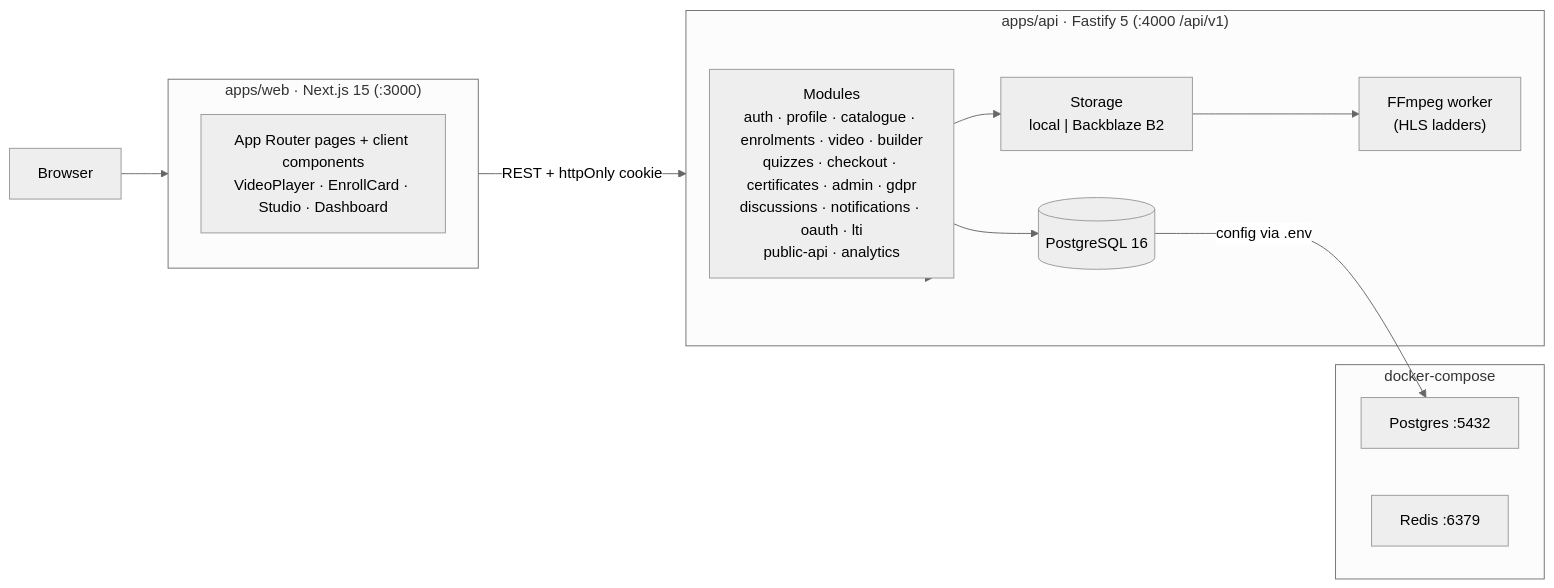
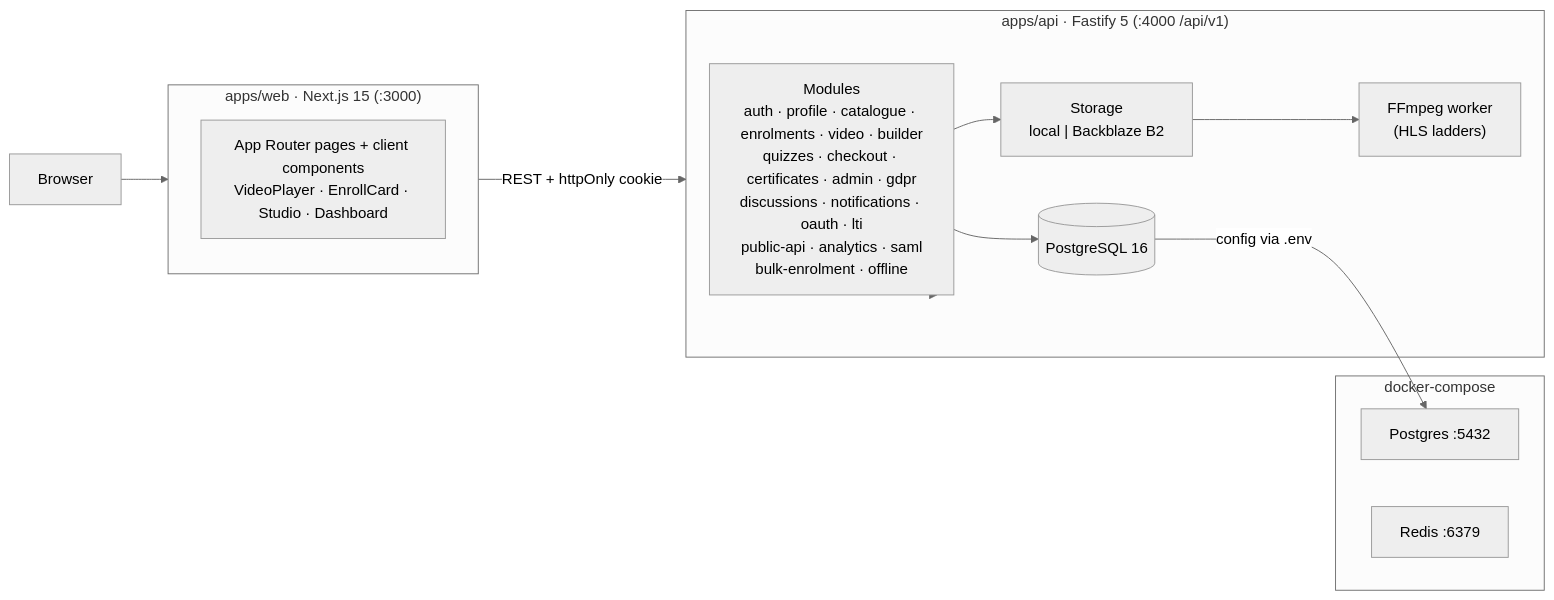
Before and after one commit to Godwin-88/laughing-waffle: the diagram in README.md, drawn with Mermaid (neutral theme). The commit also changed other lines of this file and 24 other files, not shown here.

Commit message:
feat(api,web,docs): add SAML SSO, bulk enrolment, and offline downloads (US-1.1.2, US-2.2.3, US-5.2.1)

````diff
--- a/README.md
+++ b/README.md
@@ -10,19 +10,19 @@
 ```mermaid
 flowchart LR
     subgraph Web["apps/web · Next.js 15 (:3000)"]
         W["App Router pages + client components<br/>VideoPlayer · EnrollCard · Studio · Dashboard"]
     end
     subgraph API["apps/api · Fastify 5 (:4000 /api/v1)"]
-        M["Modules<br/>auth · profile · catalogue · enrolments · video · builder<br/>quizzes · checkout · certificates · admin · gdpr<br/>discussions · notifications · oauth · lti<br/>public-api · analytics"]
+        M["Modules<br/>auth · profile · catalogue · enrolments · video · builder<br/>quizzes · checkout · certificates · admin · gdpr<br/>discussions · notifications · oauth · lti<br/>public-api · analytics · saml<br/>bulk-enrolment · offline"]
         DB[("PostgreSQL 16")]
         S3["Storage<br/>local | Backblaze B2"]
         FF["FFmpeg worker<br/>(HLS ladders)"]
     end
     subgraph Infra["docker-compose"]
         PG["Postgres :5432"] & RD["Redis :6379"]
     end
     Browser --> Web -->|REST + httpOnly cookie| API
     API --> M --> DB
     M --> S3 --> FF
     DB -->|config via .env| PG
 ```
````
